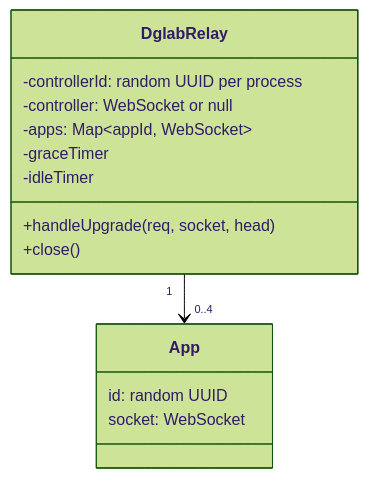
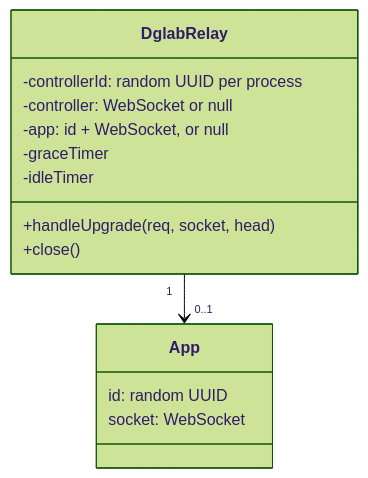
The seventh of 7 diagrams in docs/developer/server.md (lumbar-spine-support/docker-haptic-player), drawn with Mermaid (forest theme) before and after one commit. The commit also changed other lines of this file and 4 other files, not shown here.

````diff
--- a/docs/developer/server.md
+++ b/docs/developer/server.md
@@ -171,17 +171,17 @@
 ```mermaid
 classDiagram
   class DglabRelay {
     +handleUpgrade(req, socket, head)
     +close()
     -controllerId: random UUID per process
     -controller: WebSocket or null
-    -apps: Map~appId, WebSocket~
+    -app: id + WebSocket, or null
     -graceTimer
     -idleTimer
   }
-  DglabRelay "1" --> "0..4" App
+  DglabRelay "1" --> "0..1" App
   class App {
     id: random UUID
     socket: WebSocket
   }
 ```
````
